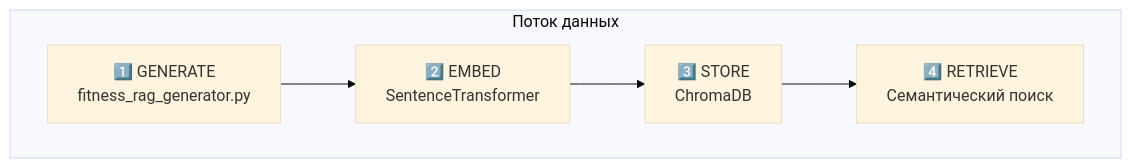
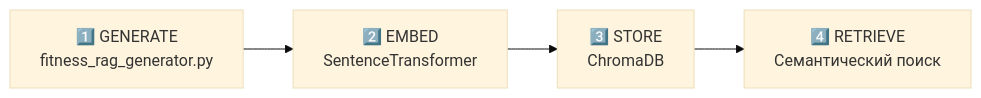
One commit to po42pi-star/generator_rag_data changed the second of 2 diagrams in README.md. Above: the diagram before and after it, drawn with Mermaid (base theme). The commit also changed other lines of this file, not shown here.

````diff
--- a/README.md
+++ b/README.md
@@ -187,9 +197,10 @@
 ```mermaid
-flowchart TD
-    subgraph "Поток данных"
-        direction LR
-        G["1️⃣ GENERATE\nfitness_rag_generator.py"] --> H["2️⃣ EMBED\nSentenceTransformer"]
-        H --> I["3️⃣ STORE\nChromaDB"]
-        I --> J["4️⃣ RETRIEVE\nСемантический поиск"]
-    end
+flowchart LR
+    G["1️⃣ GENERATE
+fitness_rag_generator.py"] --> H["2️⃣ EMBED
+SentenceTransformer"]
+    H --> I["3️⃣ STORE
+ChromaDB"]
+    I --> J["4️⃣ RETRIEVE
+Семантический поиск"]
 ```
````
